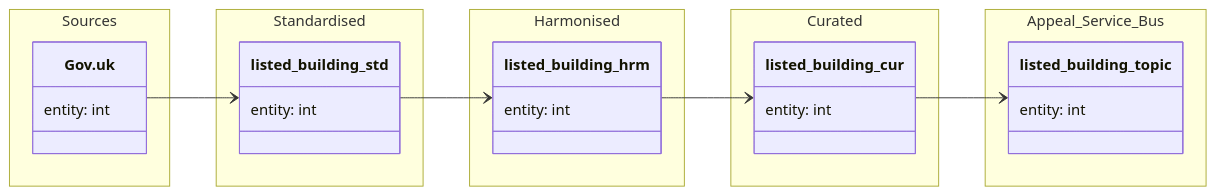
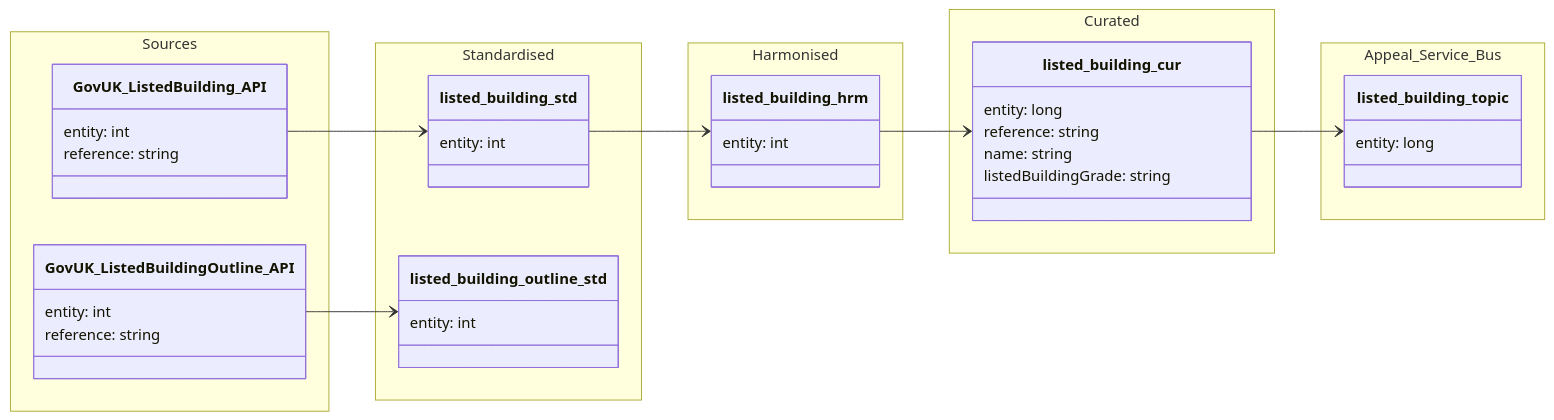
One commit to Planning-Inspectorate/odw-synapse-workspace changed the diagram in data-models/listed-building.md. Above: the diagram before and after it, drawn with Mermaid. The commit also changed other lines of this file and 6 other files, not shown here.

First line of the commit message:
Feat/theodw 3281 validate, correct, and complete data flow diagrams in GitHub for entities listed in the ticket (#2621)

````diff
--- a/data-models/listed-building.md
+++ b/data-models/listed-building.md
@@ -7,51 +7,53 @@
 ```mermaid
-
 classDiagram
-
     direction LR
 
     namespace Sources {
+        class GovUK_ListedBuilding_API {
+            entity: int
+            reference: string
+        }
 
-        class Gov.uk {
+        class GovUK_ListedBuildingOutline_API {
+            entity: int
+            reference: string
+        }
+    }
+
+    namespace Standardised {
+        class listed_building_std {
             entity: int
         }
 
-    }
-    
-    namespace Standardised {
-
-        class listed_building_std {
+        class listed_building_outline_std {
             entity: int
         }
     }
 
     namespace Harmonised {
-
         class listed_building_hrm {
             entity: int
         }
-
     }
 
     namespace Curated {
-
         class listed_building_cur {
-            entity: int
+            entity: long
+            reference: string
+            name: string
+            listedBuildingGrade: string
         }
-
     }
 
     namespace Appeal_Service_Bus {
-
         class listed_building_topic {
-            entity: int
+            entity: long
         }
-
     }
 
-`Gov.uk` --> `listed_building_std`
-`listed_building_std` --> `listed_building_hrm`
-`listed_building_hrm` --> `listed_building_cur`
-`listed_building_cur` --> `listed_building_topic`
-
+    `GovUK_ListedBuilding_API` --> `listed_building_std`
+    `GovUK_ListedBuildingOutline_API` --> `listed_building_outline_std`
+    `listed_building_std` --> `listed_building_hrm`
+    `listed_building_hrm` --> `listed_building_cur`
+    `listed_building_cur` --> `listed_building_topic`
 ```
````
